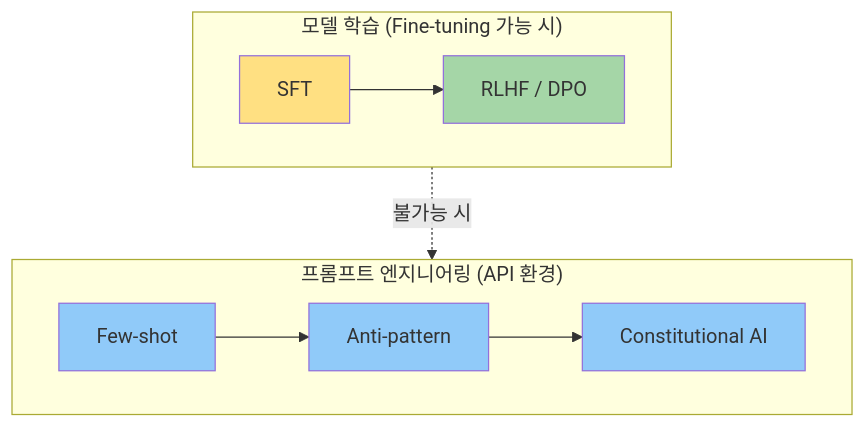
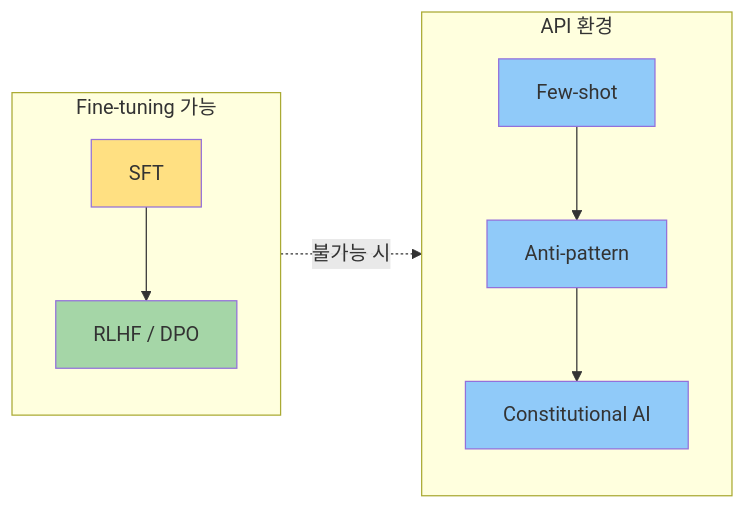
One commit to Gyeom/dev-notes changed the fifth of 5 diagrams in content/posts/2025-12-28-llm-training-methods-comparison.md. Above: the diagram before and after it, drawn with Mermaid. The commit also changed other lines of this file and 1 other file, not shown here.

First line of the commit message:
Fix: Mermaid 다이어그램 flowchart TB → LR로 변경

````diff
--- a/content/posts/2025-12-28-llm-training-methods-comparison.md
+++ b/content/posts/2025-12-28-llm-training-methods-comparison.md
@@ -275,19 +271,18 @@
 ```mermaid
-flowchart TB
-    subgraph Training["모델 학습 (Fine-tuning 가능 시)"]
+flowchart LR
+    subgraph Training["Fine-tuning 가능"]
         A["SFT"] --> B["RLHF / DPO"]
     end
 
-    subgraph Prompting["프롬프트 엔지니어링 (API 환경)"]
-        C["Few-shot"] --> D["Anti-pattern"]
-        D --> E["Constitutional AI"]
+    subgraph Prompting["API 환경"]
+        C["Few-shot"] --> D["Anti-pattern"] --> E["Constitutional AI"]
     end
 
     Training -.->|"불가능 시"| Prompting
 
     style A fill:#FFE082
     style B fill:#A5D6A7
     style C fill:#90CAF9
     style D fill:#90CAF9
     style E fill:#90CAF9
 ```
````
